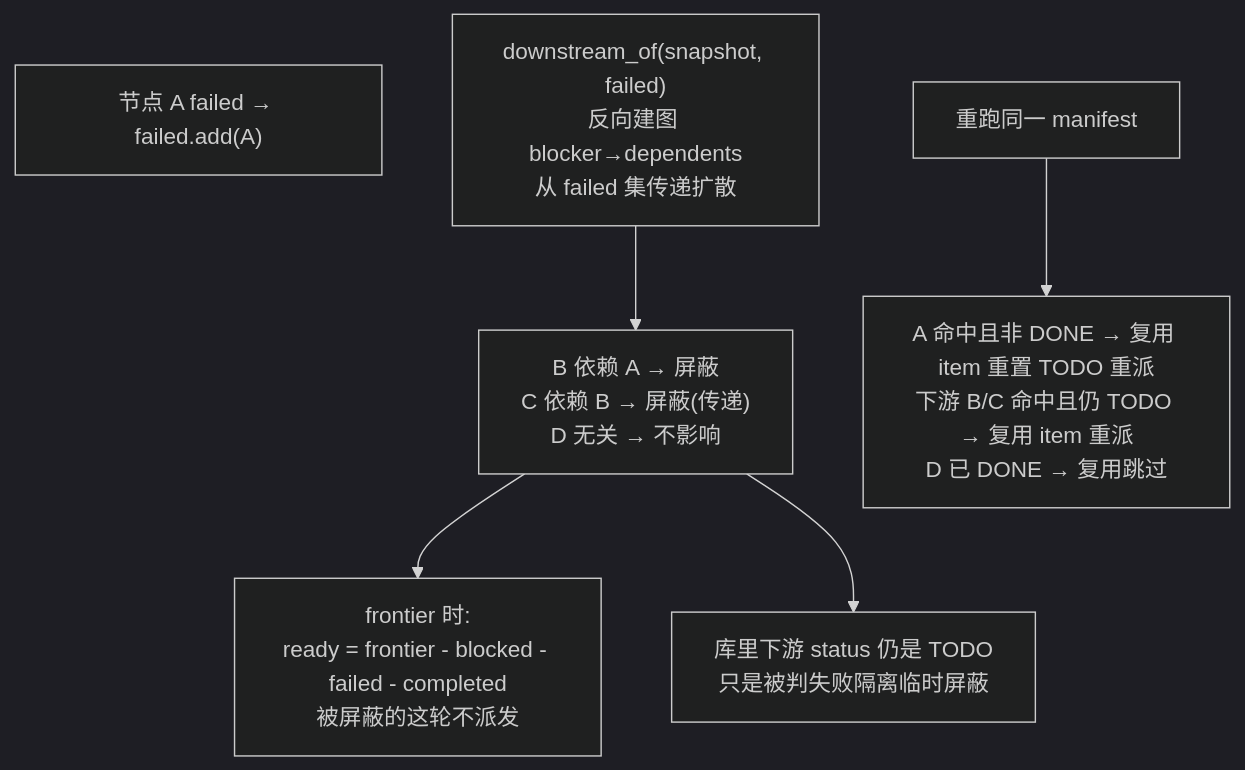
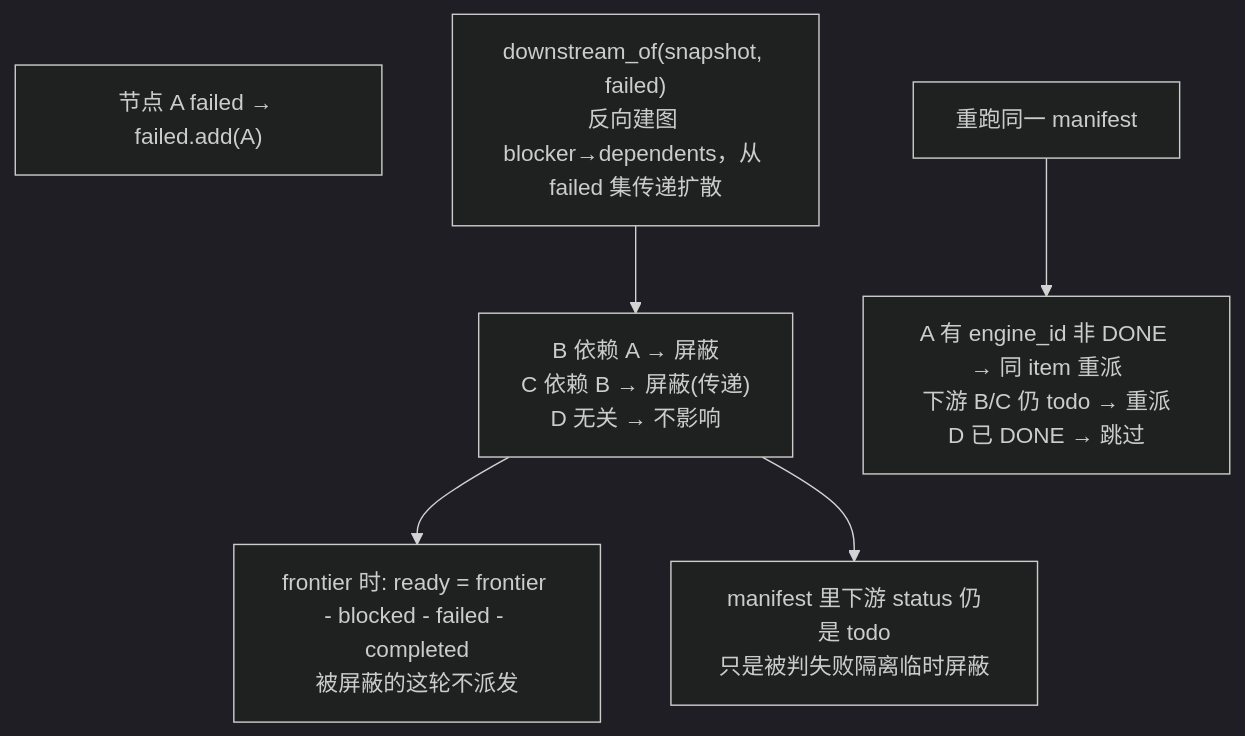
One commit to xiaohei-info/aiteam changed the fifth of 6 diagrams in .claude/skills/parallel-dev-orchestration/EXECUTION_FLOW.md. Above: the diagram before and after it, drawn with Mermaid (dark theme). The commit also changed other lines of this file, not shown here.

First line of the commit message:
docs(orchestrator): EXECUTION_FLOW 切换为 manifest 唯一口径目标设计

````diff
--- a/.claude/skills/parallel-dev-orchestration/EXECUTION_FLOW.md
+++ b/.claude/skills/parallel-dev-orchestration/EXECUTION_FLOW.md
@@ -217,10 +277,10 @@
 ```mermaid
 flowchart TD
     F["节点 A failed → failed.add(A)"]
-    D["downstream_of(snapshot, failed)<br/>反向建图 blocker→dependents<br/>从 failed 集传递扩散"]
+    D["downstream_of(snapshot, failed)<br/>反向建图 blocker→dependents，从 failed 集传递扩散"]
     D --> Set["B 依赖 A → 屏蔽<br/>C 依赖 B → 屏蔽(传递)<br/>D 无关 → 不影响"]
-    Set --> FR["frontier 时:<br/>ready = frontier - blocked - failed - completed<br/>被屏蔽的这轮不派发"]
-    Set --> DB["库里下游 status 仍是 TODO<br/>只是被判失败隔离临时屏蔽"]
+    Set --> FR["frontier 时: ready = frontier - blocked - failed - completed<br/>被屏蔽的这轮不派发"]
+    Set --> DB["manifest 里下游 status 仍是 todo<br/>只是被判失败隔离临时屏蔽"]
     Rerun["重跑同一 manifest"]
-    Rerun --> RP["A 命中且非 DONE → 复用 item 重置 TODO 重派<br/>下游 B/C 命中且仍 TODO → 复用 item 重派<br/>D 已 DONE → 复用跳过"]
+    Rerun --> RP["A 有 engine_id 非 DONE → 同 item 重派<br/>下游 B/C 仍 todo → 重派<br/>D 已 DONE → 跳过"]
 ```
````
